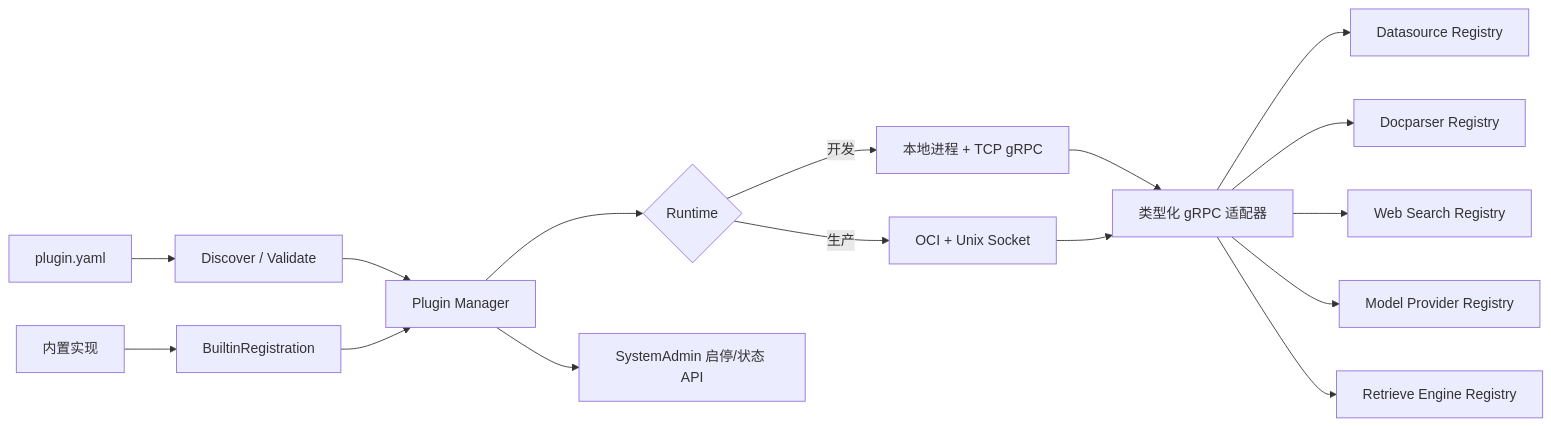
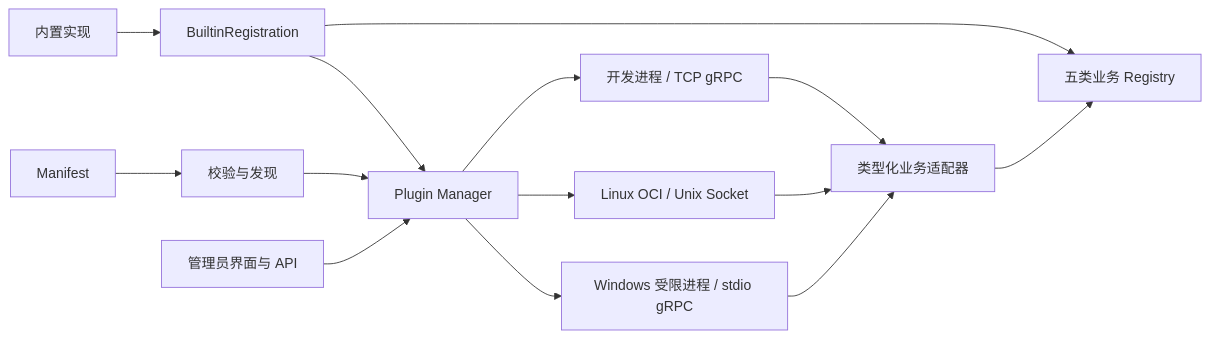
One commit to 95shisihan/WeKnora changed the diagram in docs/plugin-framework-current-implementation.md. Above: the diagram before and after it, drawn with Mermaid. The commit also changed other lines of this file and 75 other files, not shown here.

````diff
--- a/docs/plugin-framework-current-implementation.md
+++ b/docs/plugin-framework-current-implementation.md
@@ -40,18 +9,16 @@
 ```mermaid
 flowchart LR
-    M[plugin.yaml] --> D[Discover / Validate]
-    D --> PM[Plugin Manager]
-    PM --> RT{Runtime}
-    RT -->|开发| P[本地进程 + TCP gRPC]
-    RT -->|生产| O[OCI + Unix Socket]
-    P --> A[类型化 gRPC 适配器]
-    O --> A
+    M[Manifest] --> V[校验与发现]
+    V --> PM[Plugin Manager]
     B[内置实现] --> BR[BuiltinRegistration]
     BR --> PM
-    A --> DS[Datasource Registry]
-    A --> DP[Docparser Registry]
-    A --> WS[Web Search Registry]
-    A --> MP[Model Provider Registry]
-    A --> RE[Retrieve Engine Registry]
-    PM --> API[SystemAdmin 启停/状态 API]
+    PM --> W[Windows 受限进程 / stdio gRPC]
+    PM --> O[Linux OCI / Unix Socket]
+    PM --> D[开发进程 / TCP gRPC]
+    W --> A[类型化业务适配器]
+    O --> A
+    D --> A
+    A --> R[五类业务 Registry]
+    BR --> R
+    UI[管理员界面与 API] --> PM
 ```
````
